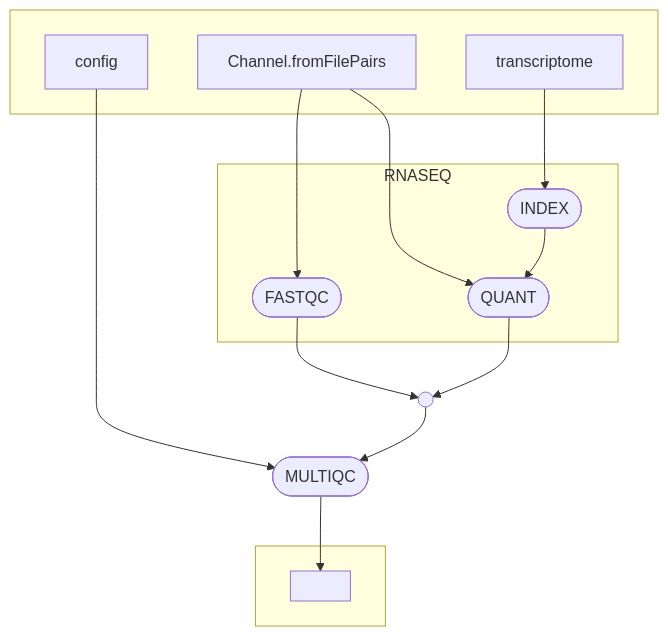
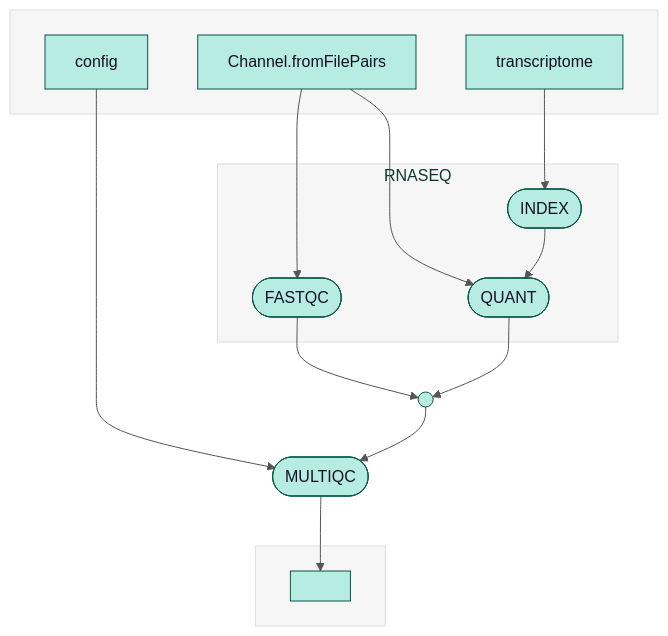
One commit to nextflow-io/nextflow changed the diagram in docs/_static/dag.mmd. Above: the diagram before and after it, drawn with Mermaid.

Commit message:
Update the docs mermaid example

```diff
--- a/docs/_static/dag.mmd
+++ b/docs/_static/dag.mmd
@@ -1,25 +1,39 @@
+%%{
+    init: {
+        'theme': 'base',
+        'themeVariables': {
+            'primaryColor': '#B6ECE2',
+            'primaryTextColor': '#160F26',
+            'primaryBorderColor': '#065647',
+            'lineColor': '#545555',
+            'clusterBkg': '#BABCBD22',
+            'clusterBorder': '#DDDEDE',
+            'fontFamily': 'arial'
+        }
+    }
+}%%
 flowchart TB
     subgraph " "
     v0["Channel.fromFilePairs"]
     v1["transcriptome"]
     v7["config"]
     end
     subgraph RNASEQ
     v2([INDEX])
     v3([FASTQC])
     v4([QUANT])
     end
     v8([MULTIQC])
     subgraph " "
     v9[" "]
     end
     v5(( ))
     v0 --> v3
     v0 --> v4
     v1 --> v2
     v2 --> v4
     v3 --> v5
     v4 --> v5
     v7 --> v8
     v5 --> v8
     v8 --> v9
```
